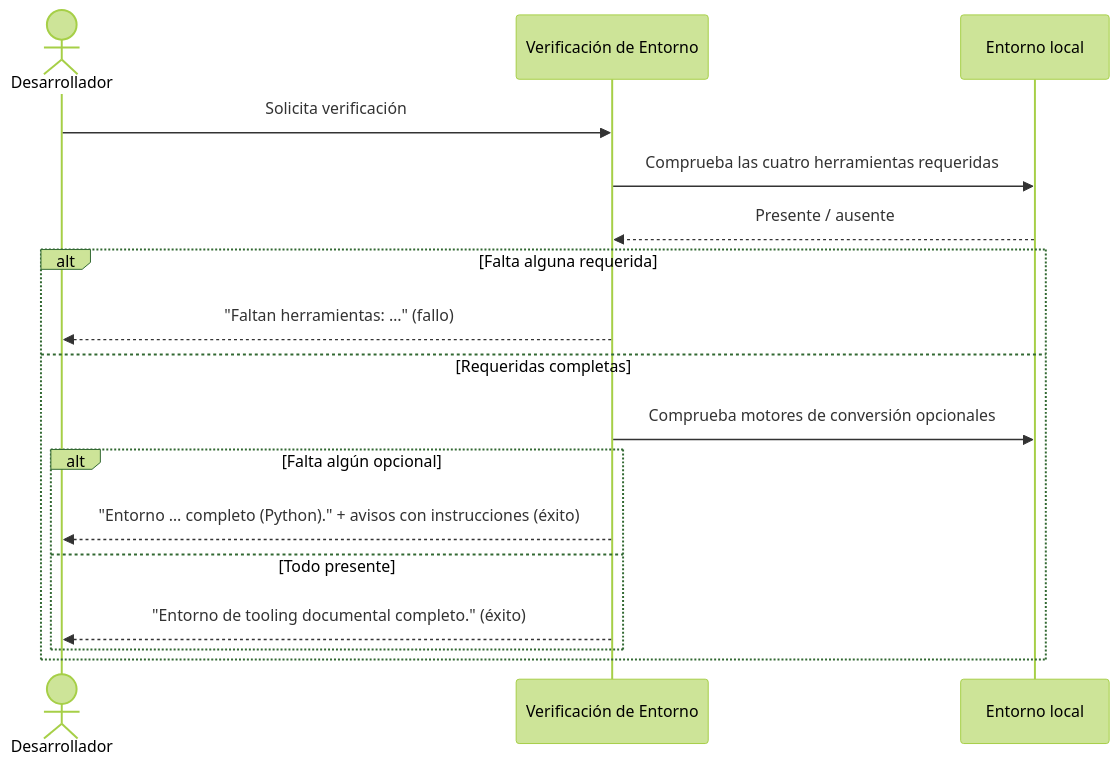
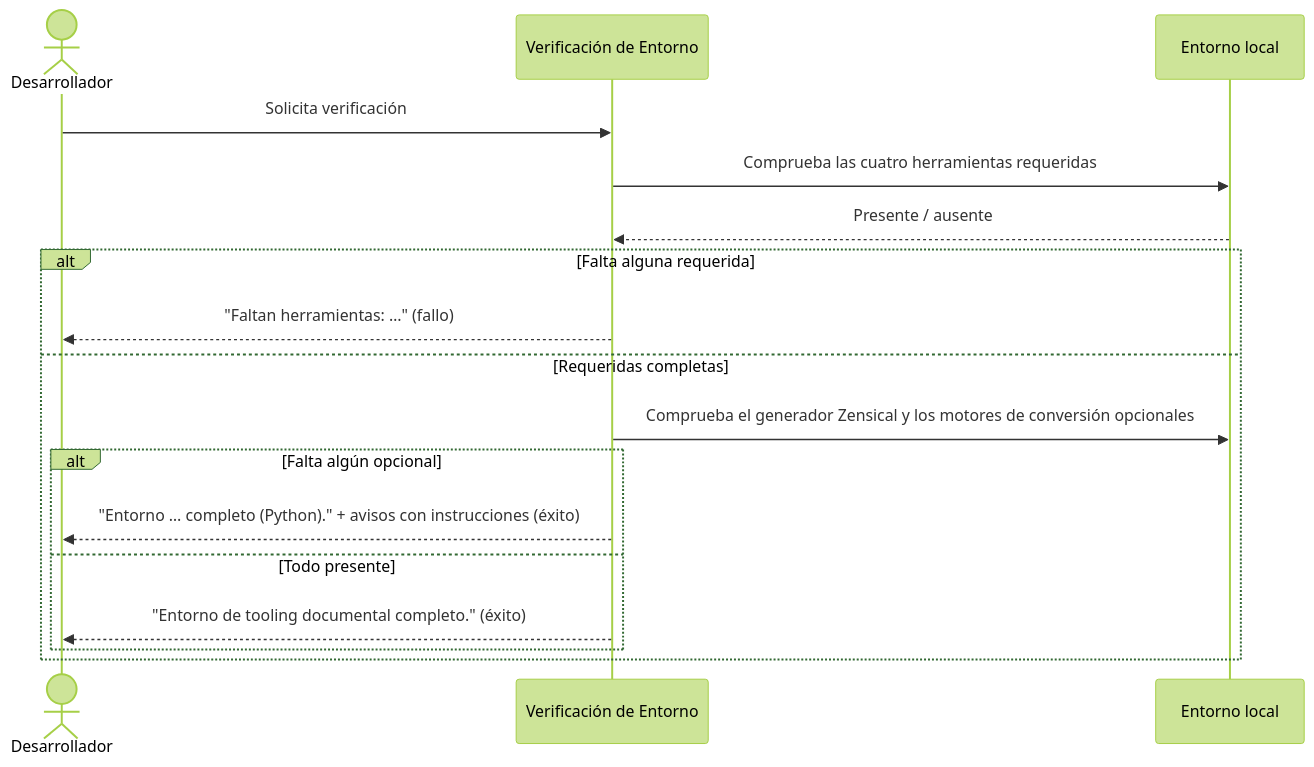
One commit to fmanza/doc_ia changed the diagram in docs/functional/check_env.md. Above: the diagram before and after it, drawn with Mermaid (forest theme). The commit also changed other lines of this file and 8 other files, not shown here.

First line of the commit message:
feat(env): check_env informa de Zensical como generador opcional

````diff
--- a/docs/functional/check_env.md
+++ b/docs/functional/check_env.md
@@ -30,20 +31,20 @@
 ```mermaid
 sequenceDiagram
     actor Dev as Desarrollador
     participant Ver as Verificación de Entorno
     participant Ent as Entorno local
 
     Dev->>Ver: Solicita verificación
     Ver->>Ent: Comprueba las cuatro herramientas requeridas
     Ent-->>Ver: Presente / ausente
     alt Falta alguna requerida
         Ver-->>Dev: "Faltan herramientas: …" (fallo)
     else Requeridas completas
-        Ver->>Ent: Comprueba motores de conversión opcionales
+        Ver->>Ent: Comprueba el generador Zensical y los motores de conversión opcionales
         alt Falta algún opcional
             Ver-->>Dev: "Entorno … completo (Python)." + avisos con instrucciones (éxito)
         else Todo presente
             Ver-->>Dev: "Entorno de tooling documental completo." (éxito)
         end
     end
 ```
````
